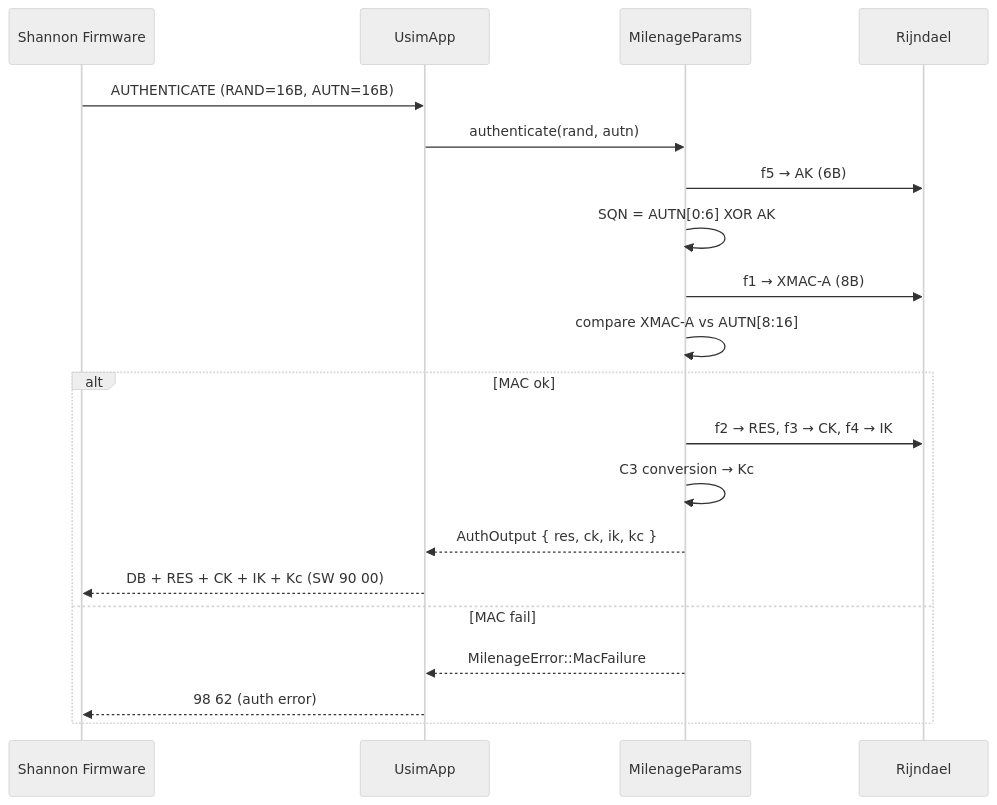
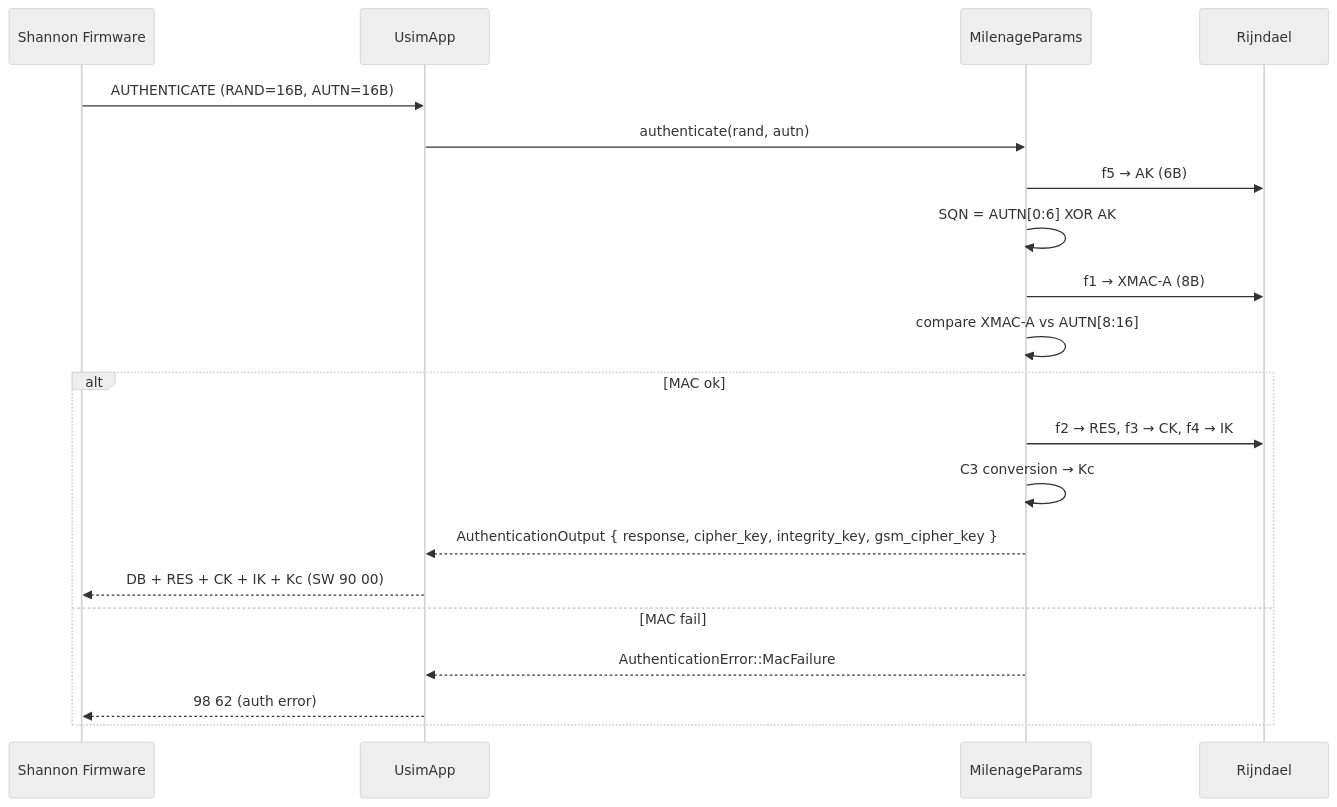
The third of 4 diagrams in docs/architecture.md (jaesharp/simrs), drawn with Mermaid (neutral theme) before and after one commit. The commit also changed other lines of this file and 6 other files, not shown here.

````diff
--- a/docs/architecture.md
+++ b/docs/architecture.md
@@ -1068,23 +1071,23 @@
 ```mermaid
 sequenceDiagram
     participant FW as Shannon Firmware
     participant U as UsimApp
     participant M as MilenageParams
     participant R as Rijndael
 
     FW->>U: AUTHENTICATE (RAND=16B, AUTN=16B)
     U->>M: authenticate(rand, autn)
     M->>R: f5 → AK (6B)
     M->>M: SQN = AUTN[0:6] XOR AK
     M->>R: f1 → XMAC-A (8B)
     M->>M: compare XMAC-A vs AUTN[8:16]
     alt MAC ok
         M->>R: f2 → RES, f3 → CK, f4 → IK
         M->>M: C3 conversion → Kc
-        M-->>U: AuthOutput { res, ck, ik, kc }
+        M-->>U: AuthenticationOutput { response, cipher_key, integrity_key, gsm_cipher_key }
         U-->>FW: DB + RES + CK + IK + Kc  (SW 90 00)
     else MAC fail
-        M-->>U: MilenageError::MacFailure
+        M-->>U: AuthenticationError::MacFailure
         U-->>FW: 98 62 (auth error)
     end
 ```
````
